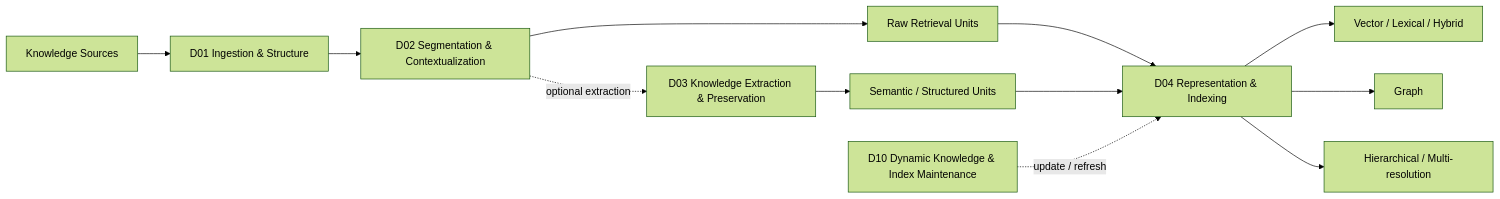
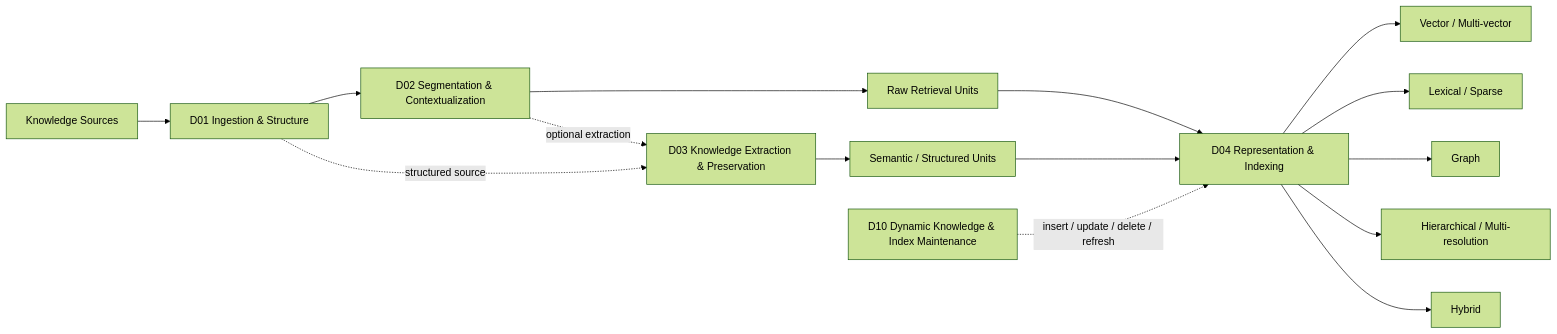
One commit to Cycl0n3-ga/RAG-survey changed the first of 6 diagrams in 00 - 導覽與心智圖 (Navigation & MOC)/RAG System Maps.md. Above: the diagram before and after it, drawn with Mermaid (forest theme). The commit also changed other lines of this file, not shown here.

````diff
--- a/00 - 導覽與心智圖 (Navigation & MOC)/RAG System Maps.md
+++ b/00 - 導覽與心智圖 (Navigation & MOC)/RAG System Maps.md
@@ -20,18 +20,21 @@
 ```mermaid
 flowchart LR
     SRC["Knowledge Sources"] --> D01["D01 Ingestion & Structure"]
     D01 --> D02["D02 Segmentation & Contextualization"]
 
     D02 --> RAW["Raw Retrieval Units"]
+    RAW --> D04["D04 Representation & Indexing"]
+
     D02 -. "optional extraction" .-> D03["D03 Knowledge Extraction & Preservation"]
+    D01 -. "structured source" .-> D03
     D03 --> SEM["Semantic / Structured Units"]
-
-    RAW --> D04["D04 Representation & Indexing"]
     SEM --> D04
 
-    D04 --> VEC["Vector / Lexical / Hybrid"]
-    D04 --> GRAPH["Graph"]
-    D04 --> HIER["Hierarchical / Multi-resolution"]
+    D04 --> V["Vector / Multi-vector"]
+    D04 --> L["Lexical / Sparse"]
+    D04 --> G["Graph"]
+    D04 --> H["Hierarchical / Multi-resolution"]
+    D04 --> HY["Hybrid"]
 
-    D10["D10 Dynamic Knowledge & Index Maintenance"] -. "update / refresh" .-> D04
+    D10["D10 Dynamic Knowledge & Index Maintenance"] -. "insert / update / delete / refresh" .-> D04
 ```
````
